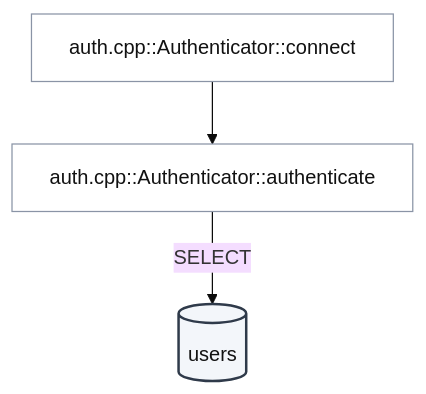
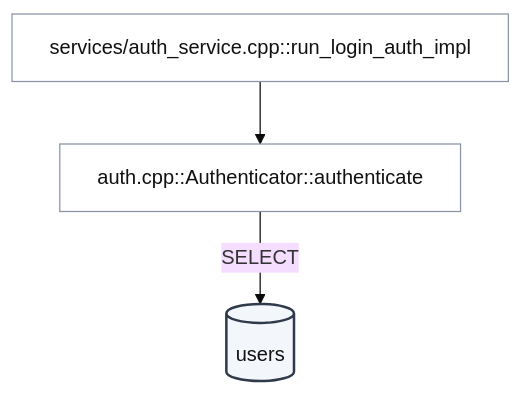
One commit to VEDA36tmea1/SFEPS changed the second of 6 diagrams in docs/notion_db_flow.md. Above: the diagram before and after it, drawn with Mermaid (base theme). The commit also changed other lines of this file and 10 other files, not shown here.

````diff
--- a/docs/notion_db_flow.md
+++ b/docs/notion_db_flow.md
@@ -52,12 +52,12 @@
 ```mermaid
 flowchart TB
     classDef table fill:#f3f6fa,stroke:#2f3a4a,stroke-width:2px,color:#111;
     classDef func fill:#ffffff,stroke:#8a94a6,color:#111;
 
     T[(users)]:::table
-    F0["auth.cpp::Authenticator::connect"]:::func
+    F0["services/auth_service.cpp::run_login_auth_impl"]:::func
     F1["auth.cpp::Authenticator::authenticate"]:::func
 
     F0 --> F1
     F1 -- "SELECT" --> T
 ```
````
